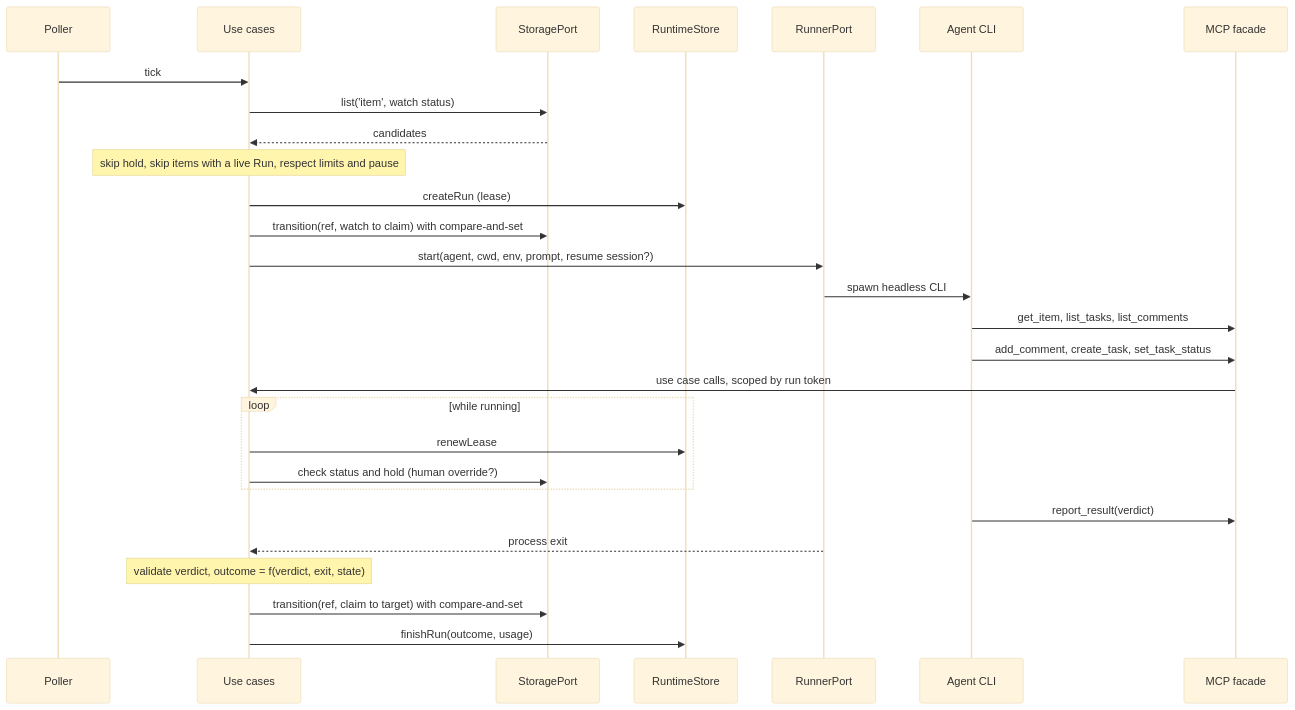
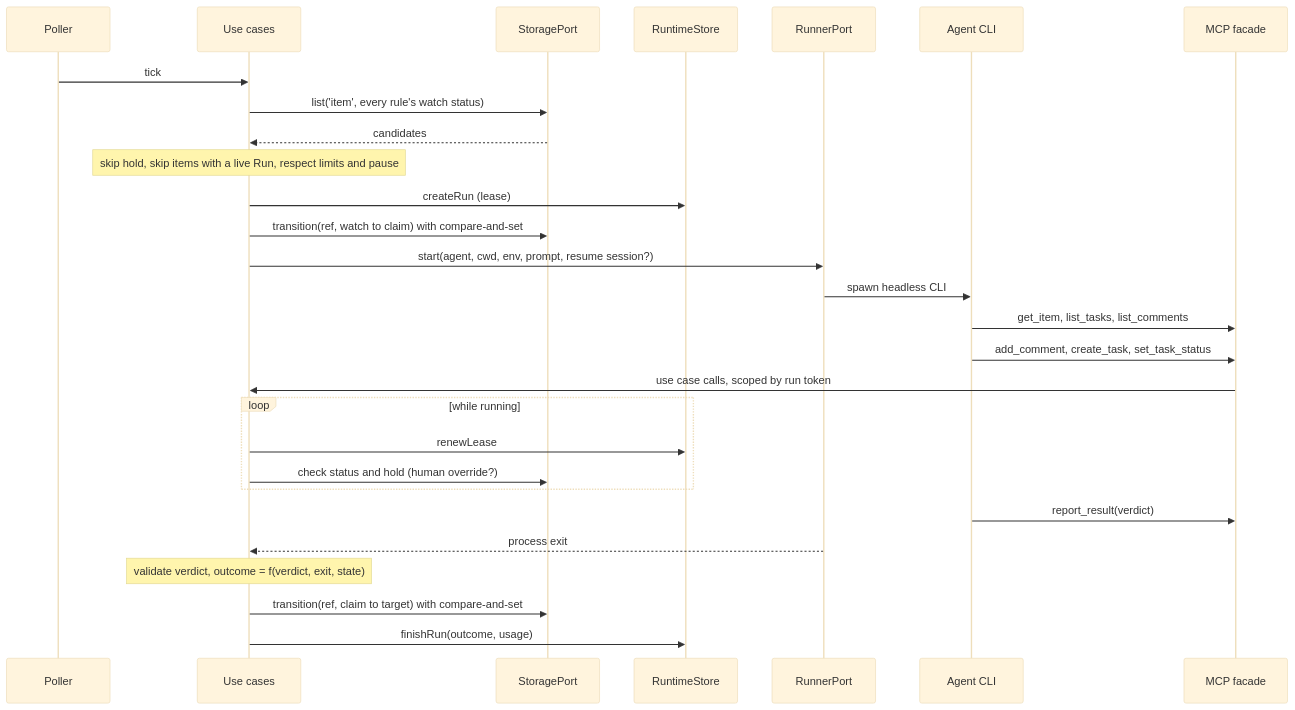
Before and after one commit to bingeli1379/tasuki: the second of 3 diagrams in docs/architecture.md, drawn with Mermaid (base theme). The commit also changed other lines of this file and 9 other files, not shown here.

````diff
--- a/docs/architecture.md
+++ b/docs/architecture.md
@@ -125,31 +132,31 @@
 ```mermaid
 sequenceDiagram
     participant P as Poller
     participant U as Use cases
     participant S as StoragePort
     participant R as RuntimeStore
     participant X as RunnerPort
     participant A as Agent CLI
     participant M as MCP facade
 
     P->>U: tick
-    U->>S: list('item', watch status)
+    U->>S: list('item', every rule's watch status)
     S-->>U: candidates
     Note over U: skip hold, skip items with a live Run, respect limits and pause
     U->>R: createRun (lease)
     U->>S: transition(ref, watch to claim) with compare-and-set
     U->>X: start(agent, cwd, env, prompt, resume session?)
     X->>A: spawn headless CLI
     A->>M: get_item, list_tasks, list_comments
     A->>M: add_comment, create_task, set_task_status
     M->>U: use case calls, scoped by run token
     loop while running
         U->>R: renewLease
         U->>S: check status and hold (human override?)
     end
     A->>M: report_result(verdict)
     X-->>U: process exit
     Note over U: validate verdict, outcome = f(verdict, exit, state)
     U->>S: transition(ref, claim to target) with compare-and-set
     U->>R: finishRun(outcome, usage)
 ```
````
